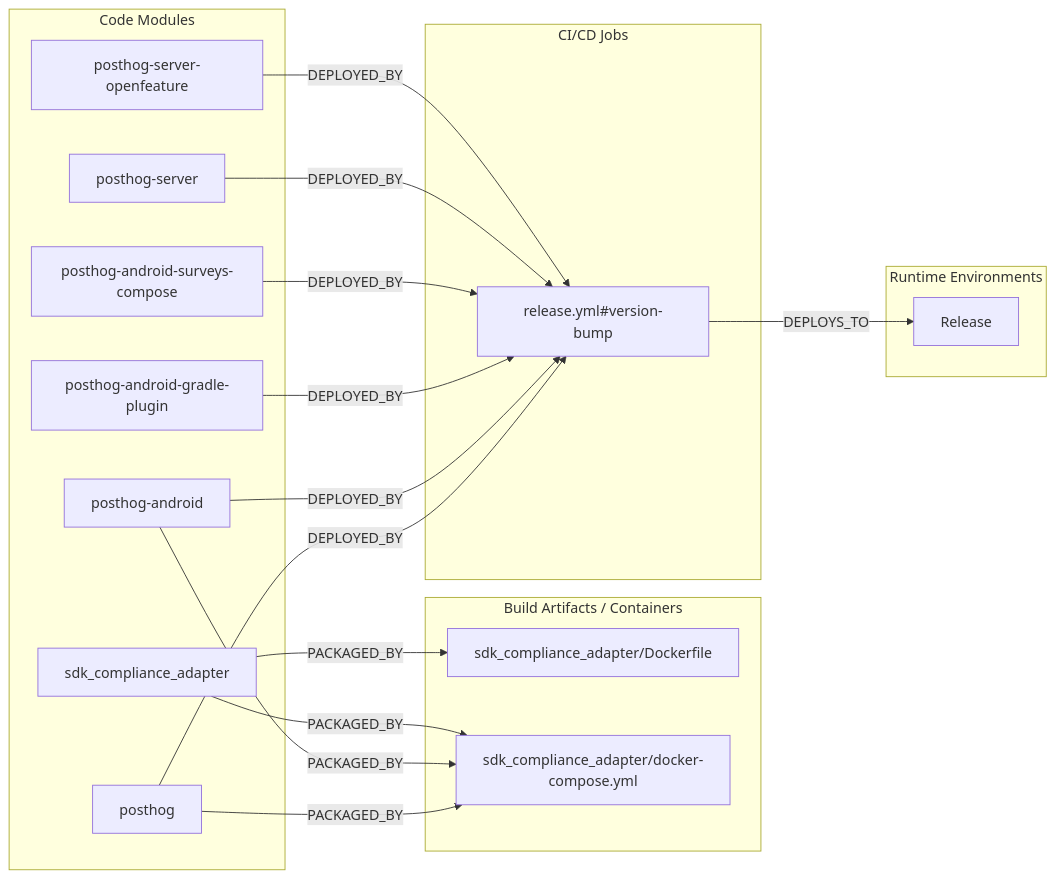
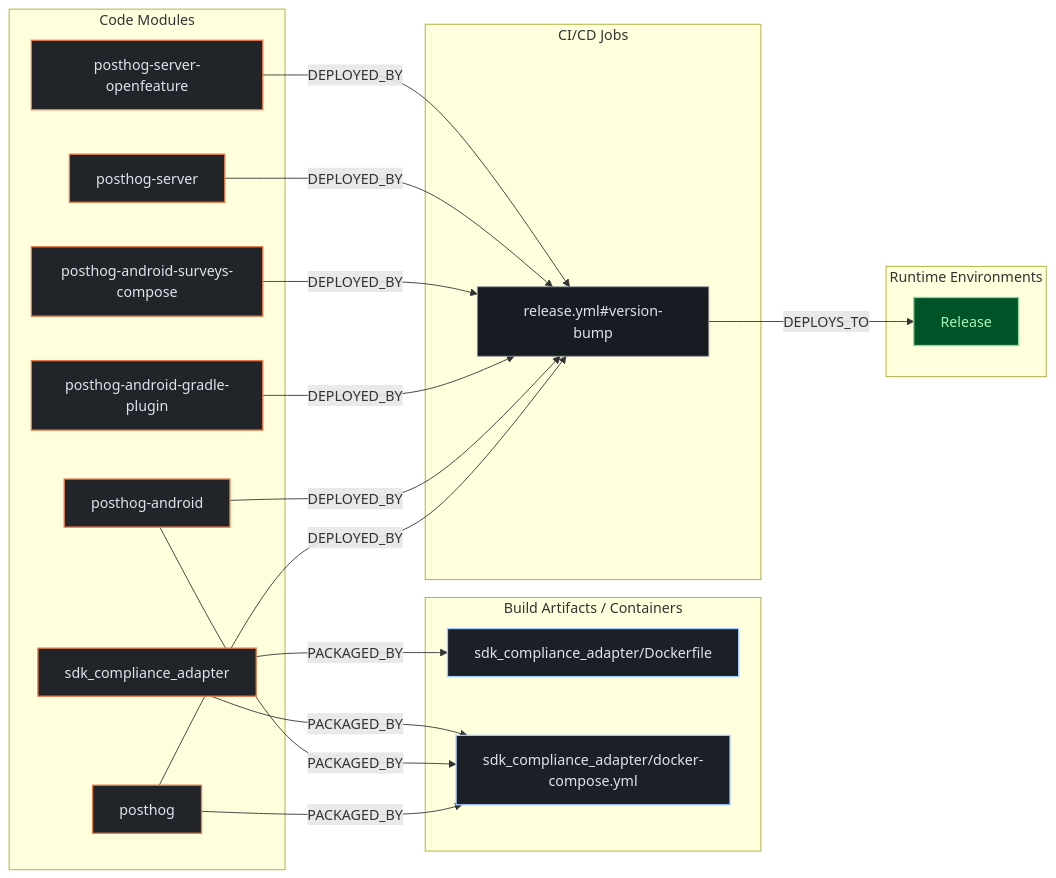
Before and after one commit to kumarshaz/atruss-code-atlas: the second of 3 diagrams in exports/latest/reports/PostHog-posthog-android-report.md, drawn with Mermaid. The commit also changed other lines of this file and 331 other files, not shown here.

Commit message:
docs,ui,fix: update SDLC docs, reorder CI/CD DAG first, stylize Mermaid, and fix Arc42 pipeline topology

````diff
--- a/exports/latest/reports/PostHog-posthog-android-report.md
+++ b/exports/latest/reports/PostHog-posthog-android-report.md
@@ -142,33 +149,37 @@
 ```mermaid
 flowchart LR
+    classDef atlasCategory fill:#212428,stroke:#E87A48,stroke-width:1.5px,color:#dfe3eb
+    classDef atlasWorkflow fill:#1b2026,stroke:#a3c9ff,stroke-width:1.5px,color:#dfe3eb
+    classDef atlasJob fill:#171c22,stroke:#8d9199,stroke-width:1px,color:#dfe3eb
+    classDef atlasTarget fill:#005227,stroke:#8bd99b,stroke-width:1.5px,color:#a7f6b6
     subgraph code_modules["Code Modules"]
-        mod_posthog["posthog"]
-        mod_posthog_android["posthog-android"]
-        mod_posthog_android_gradle_plugin["posthog-android-gradle-plugin"]
-        mod_posthog_android_surveys_compose["posthog-android-surveys-compose"]
-        mod_posthog_server["posthog-server"]
-        mod_posthog_server_openfeature["posthog-server-openfeature"]
-        mod_sdk_compliance_adapter["sdk_compliance_adapter"]
+        mod_posthog["posthog"]:::atlasCategory
+        mod_posthog_android["posthog-android"]:::atlasCategory
+        mod_posthog_android_gradle_plugin["posthog-android-gradle-plugin"]:::atlasCategory
+        mod_posthog_android_surveys_compose["posthog-android-surveys-compose"]:::atlasCategory
+        mod_posthog_server["posthog-server"]:::atlasCategory
+        mod_posthog_server_openfeature["posthog-server-openfeature"]:::atlasCategory
+        mod_sdk_compliance_adapter["sdk_compliance_adapter"]:::atlasCategory
     end
     subgraph build_artifacts["Build Artifacts / Containers"]
-        art_sdk_compliance_adapter_Dockerfile["sdk_compliance_adapter/Dockerfile"]
-        art_sdk_compliance_adapter_docker_compose_yml["sdk_compliance_adapter/docker-compose.yml"]
+        art_sdk_compliance_adapter_Dockerfile["sdk_compliance_adapter/Dockerfile"]:::atlasWorkflow
+        art_sdk_compliance_adapter_docker_compose_yml["sdk_compliance_adapter/docker-compose.yml"]:::atlasWorkflow
     end
     subgraph ci_jobs["CI/CD Jobs"]
-        job_release_yml_version_bump["release.yml#version-bump"]
+        job_release_yml_version_bump["release.yml#version-bump"]:::atlasJob
     end
     subgraph runtime_envs["Runtime Environments"]
-        env_Release["Release"]
+        env_Release["Release"]:::atlasTarget
     end
     job_release_yml_version_bump -->|DEPLOYS_TO| env_Release
     mod_posthog -->|DEPLOYED_BY| job_release_yml_version_bump
     mod_posthog -->|PACKAGED_BY| art_sdk_compliance_adapter_docker_compose_yml
     mod_posthog_android -->|DEPLOYED_BY| job_release_yml_version_bump
     mod_posthog_android -->|PACKAGED_BY| art_sdk_compliance_adapter_docker_compose_yml
     mod_posthog_android_gradle_plugin -->|DEPLOYED_BY| job_release_yml_version_bump
     mod_posthog_android_surveys_compose -->|DEPLOYED_BY| job_release_yml_version_bump
     mod_posthog_server -->|DEPLOYED_BY| job_release_yml_version_bump
     mod_posthog_server_openfeature -->|DEPLOYED_BY| job_release_yml_version_bump
     mod_sdk_compliance_adapter -->|PACKAGED_BY| art_sdk_compliance_adapter_Dockerfile
     mod_sdk_compliance_adapter -->|PACKAGED_BY| art_sdk_compliance_adapter_docker_compose_yml
 ```
````
